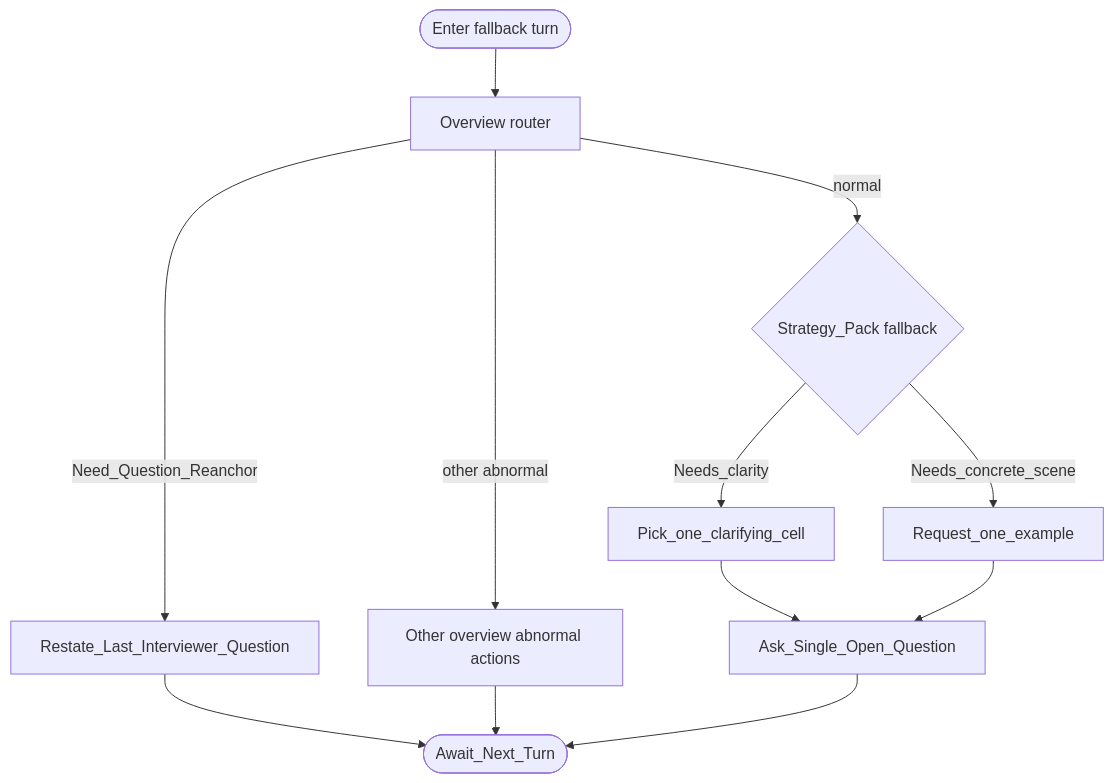
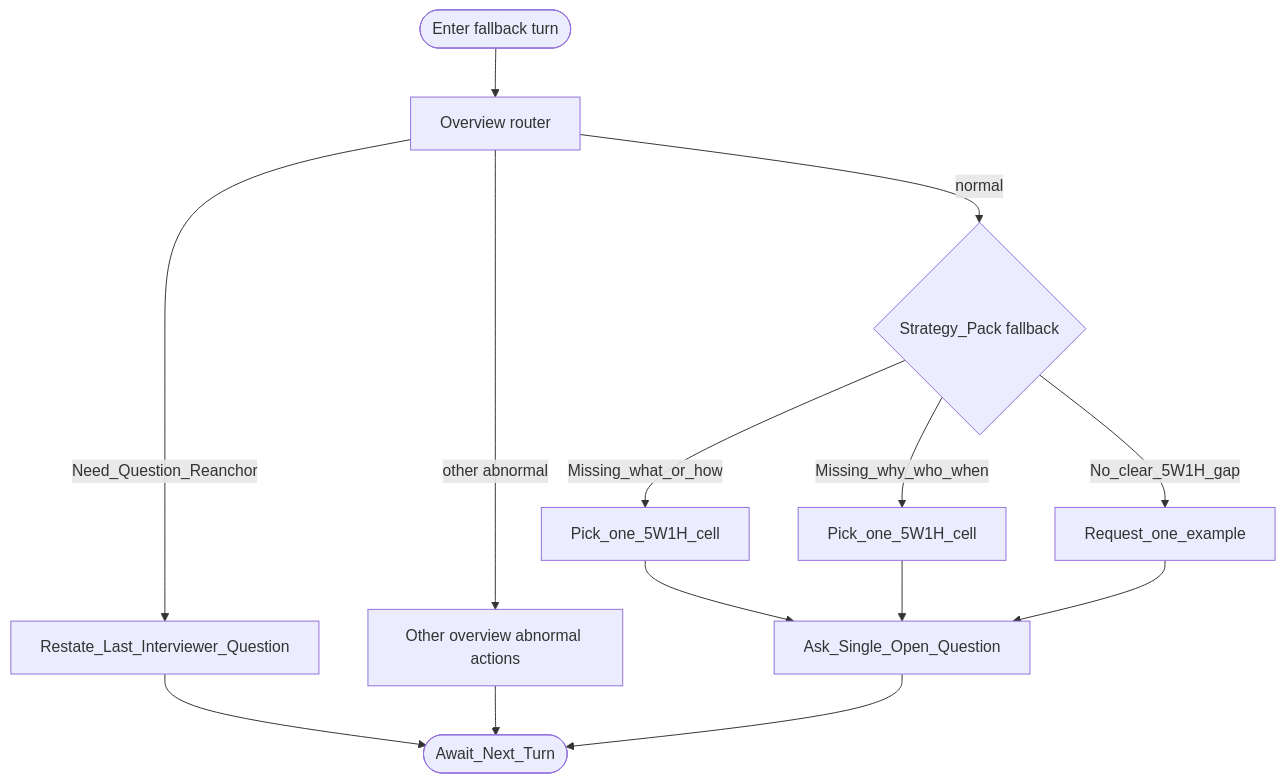
One commit to yuanlin-82/ai-interview-decision-map changed the diagram in maps/fallback.md. Above: the diagram before and after it, drawn with Mermaid. The commit also changed other lines of this file and 20 other files, not shown here.

````diff
--- a/maps/fallback.md
+++ b/maps/fallback.md
@@ -7,16 +7,18 @@
 ```mermaid
 flowchart TD
   Start([Enter fallback turn]) --> Ov[Overview router]
   Ov -->|Need_Question_Reanchor| R[Restate_Last_Interviewer_Question]
   Ov -->|other abnormal| Ab[Other overview abnormal actions]
   Ov -->|normal| Pack{Strategy_Pack fallback}
 
-  Pack -->|Needs_clarity| H[Pick_one_clarifying_cell]
-  Pack -->|Needs_concrete_scene| E[Request_one_example]
+  Pack -->|Missing_what_or_how| H[Pick_one_5W1H_cell]
+  Pack -->|Missing_why_who_when| H2[Pick_one_5W1H_cell]
+  Pack -->|No_clear_5W1H_gap| E[Request_one_example]
 
   H --> One[Ask_Single_Open_Question]
+  H2 --> One
   E --> One
   R --> Await([Await_Next_Turn])
   Ab --> Await
   One --> Await
 ```
````
